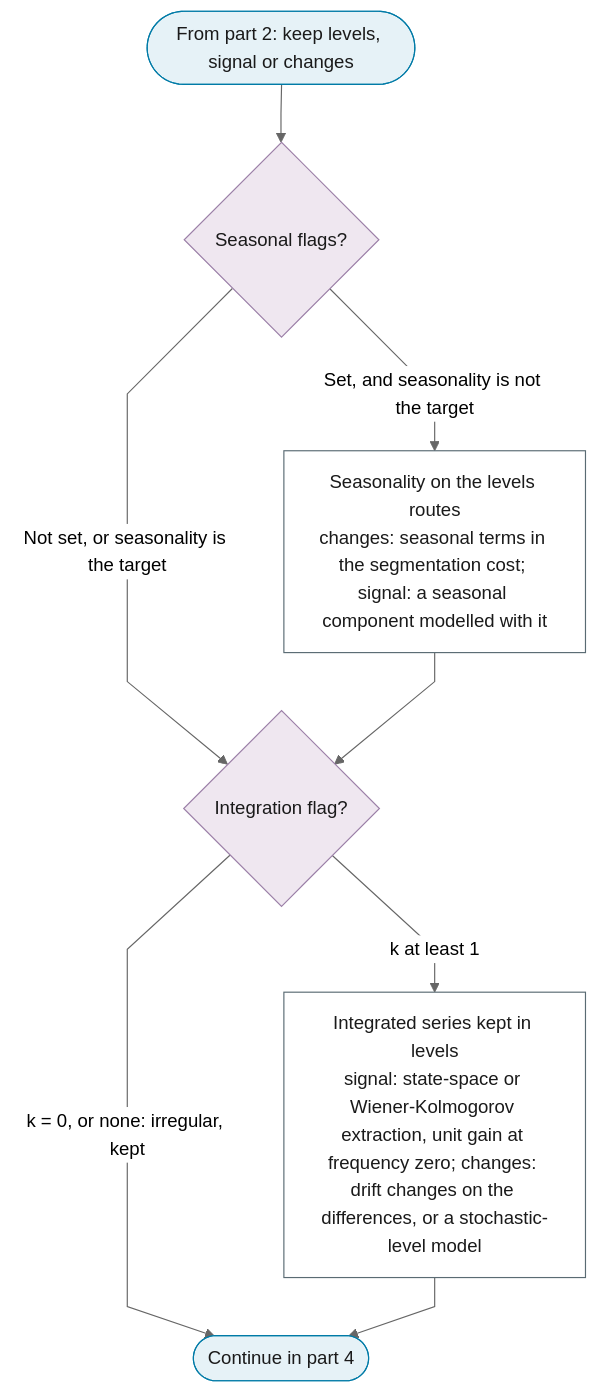
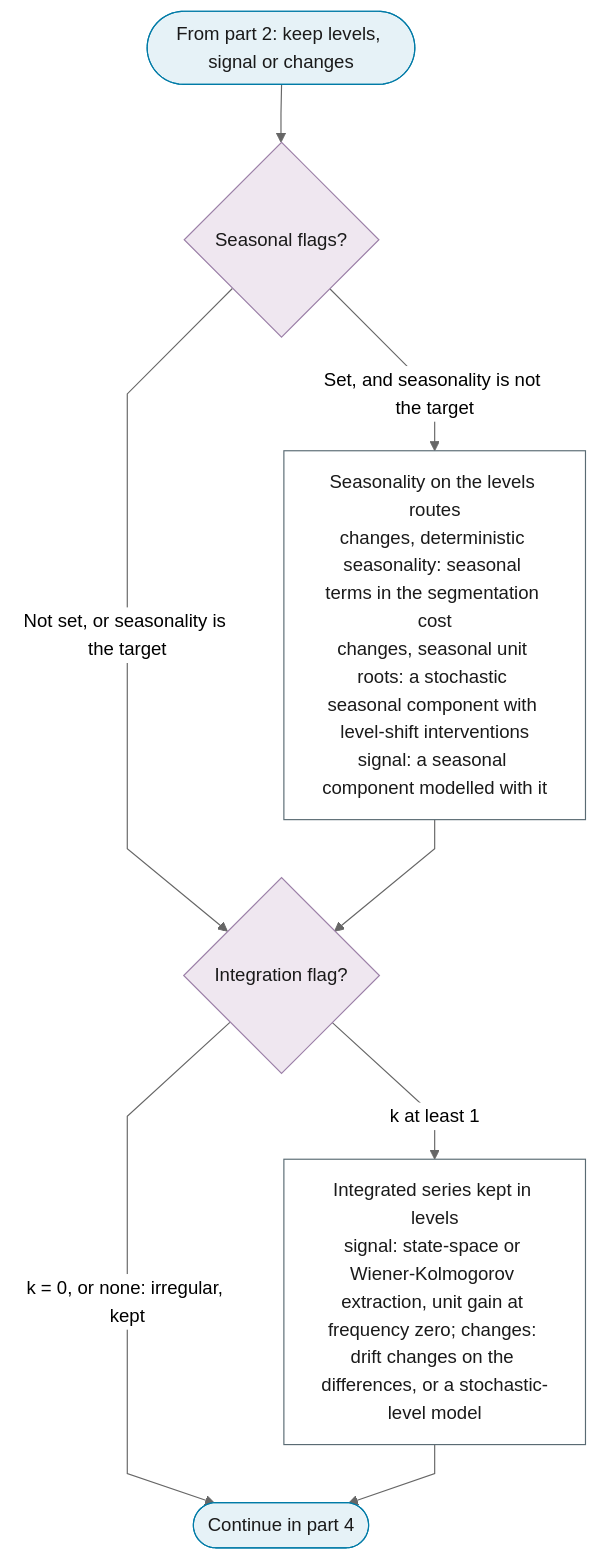
One commit to Shuxin-Y/time-series-analysis-manual changed the sixth of 6 diagrams in docs/01-workflow/p04-transformations.md. Above: the diagram before and after it, drawn with Mermaid (neutral theme). The commit also changed other lines of this file and 12 other files, not shown here.

````diff
--- a/docs/01-workflow/p04-transformations.md
+++ b/docs/01-workflow/p04-transformations.md
@@ -174,22 +174,22 @@
 ```mermaid
 %%{init: {"flowchart": {"curve": "linear"}}}%%
 graph TD
     P4_PART_6_IN(["From part 2: keep levels, signal or changes"]) --> P4_LEVELS_SEASON{"Seasonal flags?"}
-    P4_LEVELS_SEASON -->|"Set, and seasonality is not the target"| P4_LEVELS_SEASONALITY["Seasonality on the levels routes<br/>changes: seasonal terms in the segmentation cost; signal: a seasonal component modelled with it"]
+    P4_LEVELS_SEASON -->|"Set, and seasonality is not the target"| P4_LEVELS_SEASONALITY["Seasonality on the levels routes<br/>changes, deterministic seasonality: seasonal terms in the segmentation cost<br/>changes, seasonal unit roots: a stochastic seasonal component with level-shift interventions<br/>signal: a seasonal component modelled with it"]
     P4_LEVELS_SEASON -->|"Not set, or seasonality is the target"| P4_LEVELS_ORDER{"Integration flag?"}
     P4_LEVELS_SEASONALITY --> P4_LEVELS_ORDER
     P4_LEVELS_ORDER -->|"k = 0, or none: irregular, kept"| P4_PART_6_OUT
     P4_LEVELS_ORDER -->|"k at least 1"| P4_INTEGRATED_LEVELS["Integrated series kept in levels<br/>signal: state-space or Wiener-Kolmogorov extraction, unit gain at frequency zero; changes: drift changes on the differences, or a stochastic-level model"]
     P4_INTEGRATED_LEVELS --> P4_PART_6_OUT(["Continue in part 4"])
     class P4_PART_6_IN,P4_PART_6_OUT terminator
     class P4_LEVELS_SEASON,P4_LEVELS_ORDER decision
     class P4_LEVELS_SEASONALITY,P4_INTEGRATED_LEVELS process
     classDef terminator fill:#E6F2F7,stroke:#007BA7,color:#1A1A1A;
     classDef process fill:#FFFFFF,stroke:#5A6B73,color:#1A1A1A;
     classDef decision fill:#EFE7F0,stroke:#9B7FA7,color:#1A1A1A;
     classDef data fill:#FFF4E0,stroke:#C9A55E,color:#1A1A1A;
     classDef good fill:#DCEFD8,stroke:#4A7A3F,color:#1A1A1A;
     classDef escalate fill:#FFE9C2,stroke:#C9A55E,color:#1A1A1A;
     classDef problem fill:#F2D9DE,stroke:#800020,color:#1A1A1A;
     classDef ref fill:#F7F7F7,stroke:#5A6B73,color:#1A1A1A,stroke-dasharray:4 3;
 ```
````
